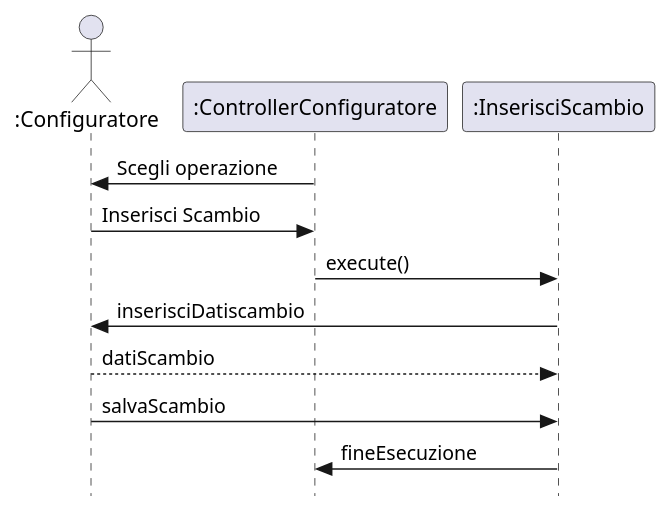
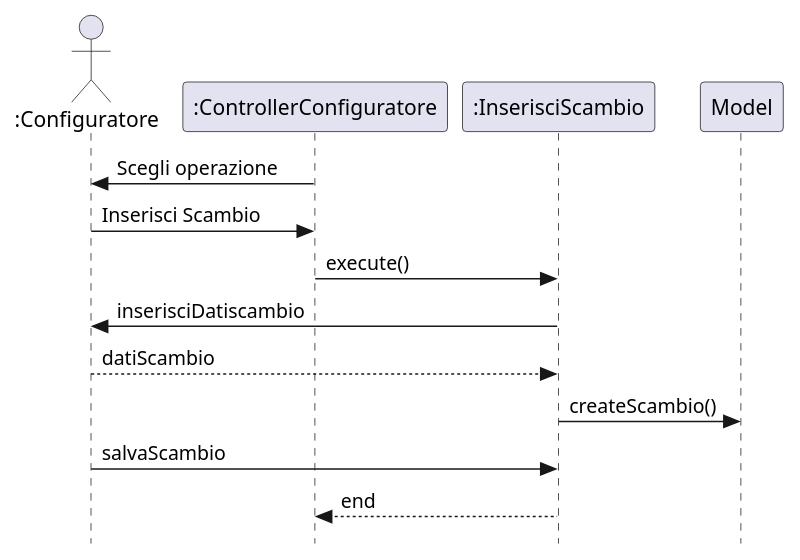
The diagram in Documentation/refactoring/grasp/ssd-controller.puml (bernagit/IngegneriaSoftware), drawn with PlantUML before and after one commit. The commit also changed 16 other files, not shown here.

```diff
--- a/Documentation/refactoring/grasp/ssd-controller.puml
+++ b/Documentation/refactoring/grasp/ssd-controller.puml
@@ -1,19 +1,19 @@
 @startuml controller-ssd
 
 skinparam style strictuml
 
 actor ":Configuratore" as utente
 participant ":ControllerConfiguratore" as controller
 participant ":InserisciScambio" as handler
+participant "Model" as model
+
 controller -> utente : Scegli operazione
 utente -> controller : Inserisci Scambio
 controller ->  handler : execute()
 handler -> utente : inserisciDatiscambio
 utente --> handler : datiScambio
+handler -> model : createScambio()
 utente -> handler : salvaScambio
-handler -> controller : fineEsecuzione
+handler --> controller : end
 
-
-
-
-@enduml
+@enduml 
```
